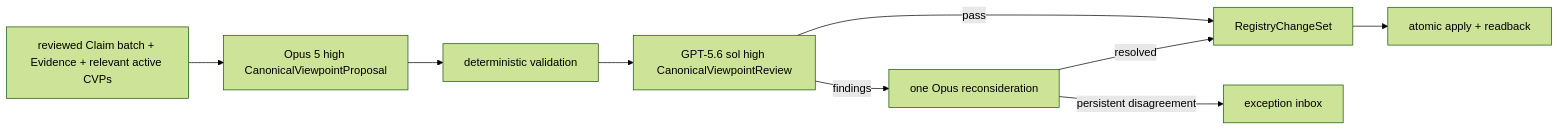
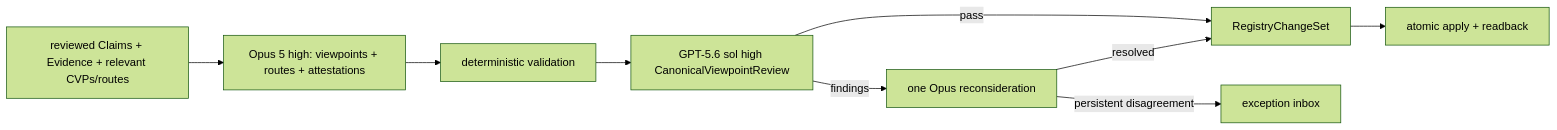
One commit to junyang168/smart-answer changed the first of 7 diagrams in docs/wang-knowledge-platform/canonical_viewpoint_registry_design_v1.md. Above: the diagram before and after it, drawn with Mermaid (forest theme). The commit also changed other lines of this file and 1 other file, not shown here.

Commit message:
docs: integrate argument routes into cvp resolution

````diff
--- a/docs/wang-knowledge-platform/canonical_viewpoint_registry_design_v1.md
+++ b/docs/wang-knowledge-platform/canonical_viewpoint_registry_design_v1.md
@@ -78,11 +79,11 @@
 ```mermaid
 flowchart LR
-    B["reviewed Claim batch + Evidence + relevant active CVPs"] --> P["Opus 5 high CanonicalViewpointProposal"]
+    B["reviewed Claims + Evidence + relevant CVPs/routes"] --> P["Opus 5 high: viewpoints + routes + attestations"]
     P --> D["deterministic validation"]
     D --> R["GPT-5.6 sol high CanonicalViewpointReview"]
     R -->|"pass"| C["RegistryChangeSet"]
     R -->|"findings"| O["one Opus reconsideration"]
     O -->|"resolved"| C
     O -->|"persistent disagreement"| X["exception inbox"]
     C --> A["atomic apply + readback"]
 ```
````
